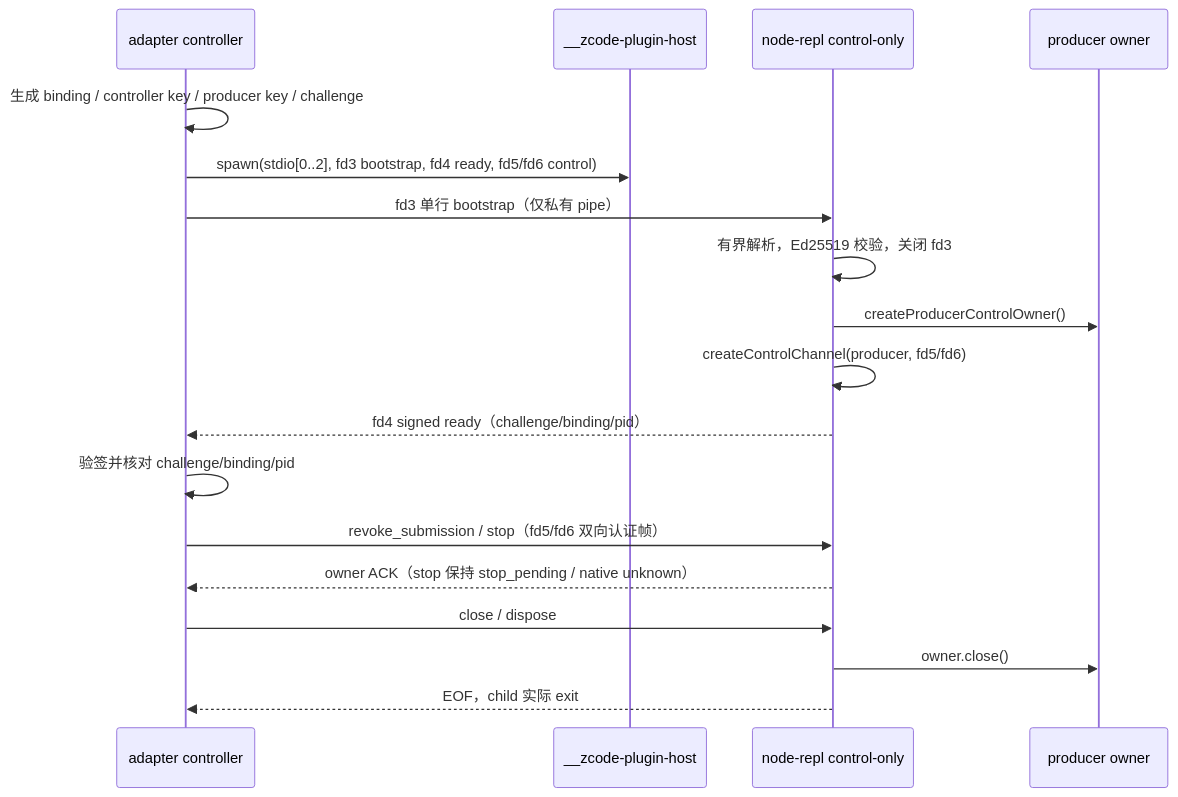
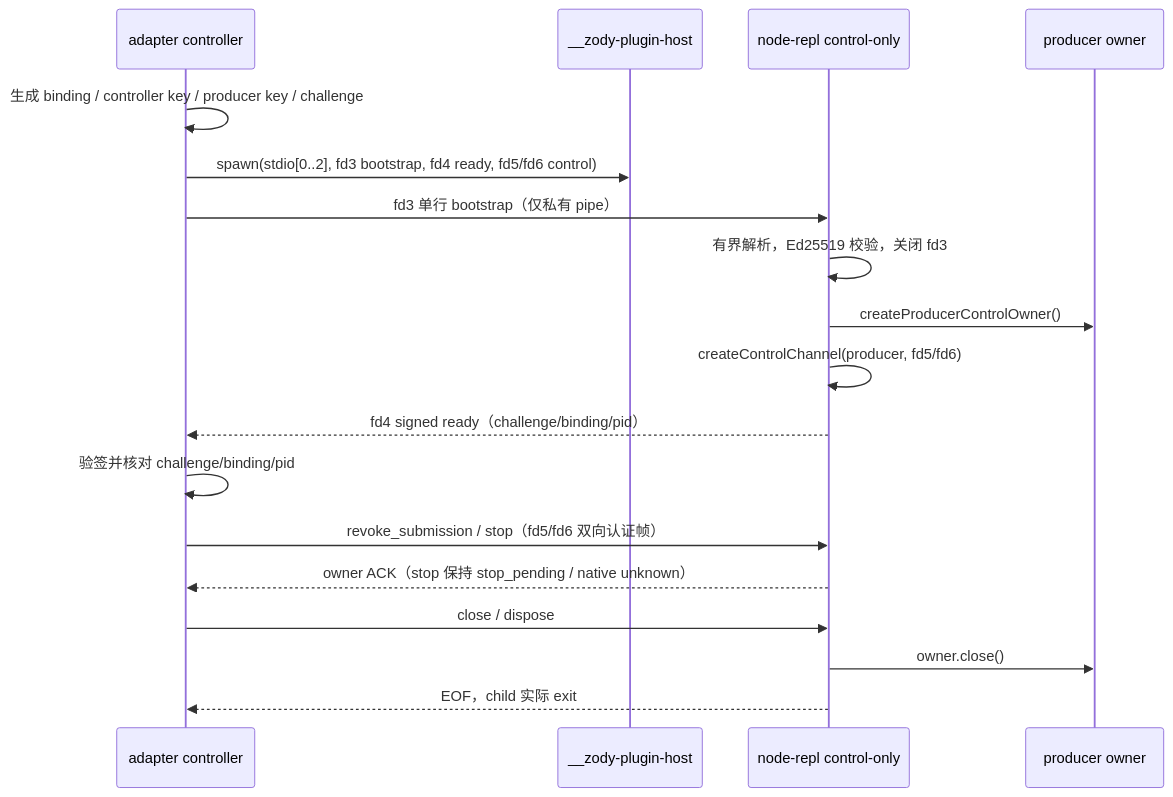
Before and after one commit to zclaudia/zody: the third of 3 diagrams in apps/zody-cli/packages/node-repl-host/CONTRACT.md, drawn with Mermaid. The commit also changed other lines of this file and 42 other files, not shown here.

````diff
--- a/apps/zody-cli/packages/node-repl-host/CONTRACT.md
+++ b/apps/zody-cli/packages/node-repl-host/CONTRACT.md
@@ -148,20 +148,20 @@
 ```mermaid
 sequenceDiagram
   participant C as adapter controller
-  participant H as __zcode-plugin-host
+  participant H as __zody-plugin-host
   participant N as node-repl control-only
   participant P as producer owner
   C->>C: 生成 binding / controller key / producer key / challenge
   C->>H: spawn(stdio[0..2], fd3 bootstrap, fd4 ready, fd5/fd6 control)
   C->>N: fd3 单行 bootstrap（仅私有 pipe）
   N->>N: 有界解析，Ed25519 校验，关闭 fd3
   N->>P: createProducerControlOwner()
   N->>N: createControlChannel(producer, fd5/fd6)
   N-->>C: fd4 signed ready（challenge/binding/pid）
   C->>C: 验签并核对 challenge/binding/pid
   C->>N: revoke_submission / stop（fd5/fd6 双向认证帧）
   N-->>C: owner ACK（stop 保持 stop_pending / native unknown）
   C->>N: close / dispose
   N->>P: owner.close()
   N-->>C: EOF，child 实际 exit
 ```
````
